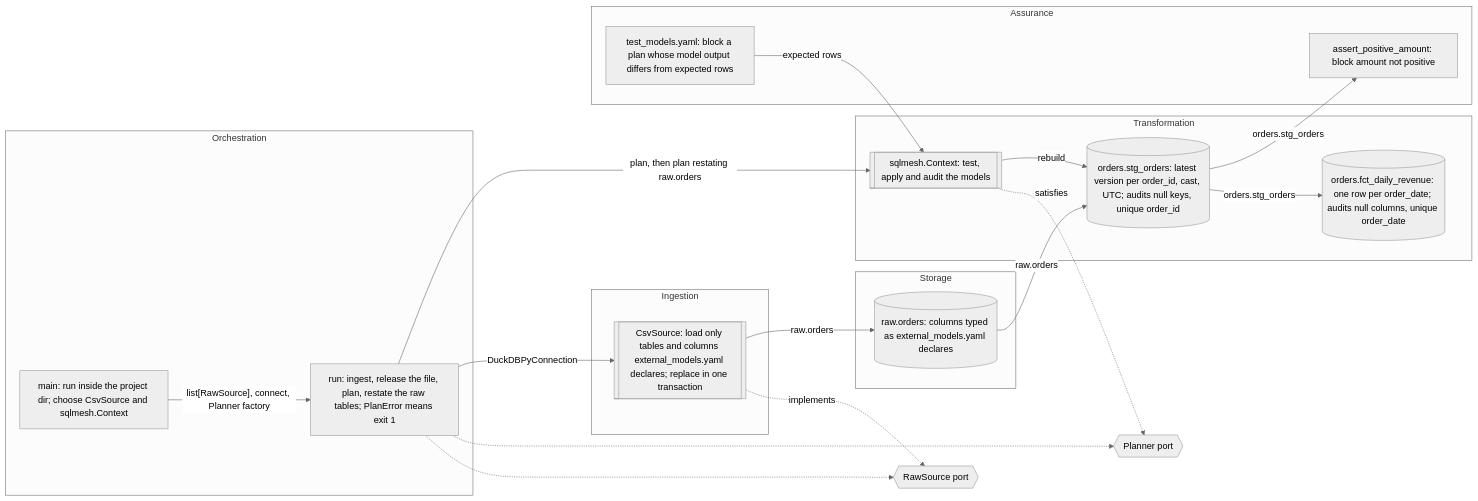
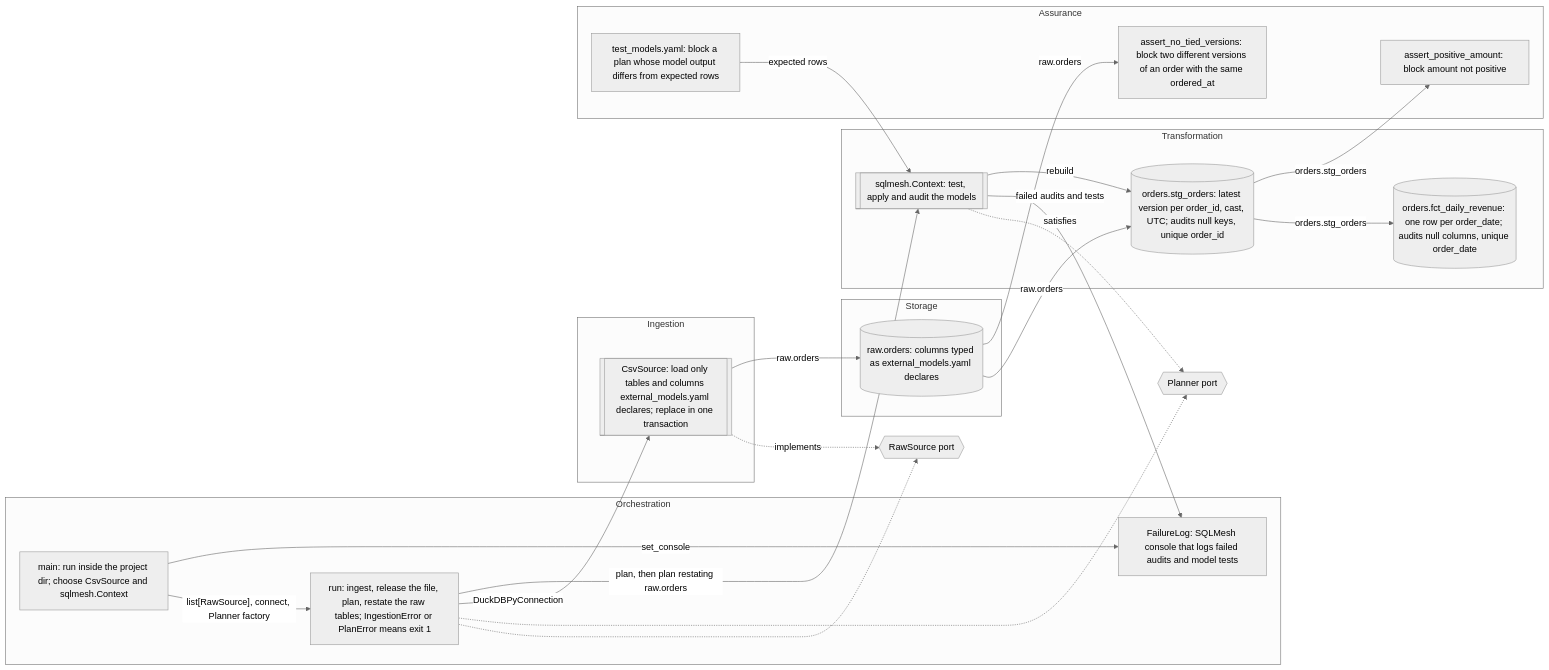
The third of 4 diagrams in docs/design.md (CarlosSolrac/template-sqlmesh-duckdb), drawn with Mermaid (neutral theme) before and after one commit. The commit also changed other lines of this file and 1 other file, not shown here.

````diff
--- a/docs/design.md
+++ b/docs/design.md
@@ -79,37 +82,42 @@
 ```mermaid
 flowchart LR
     subgraph Orchestration
         Main["main: run inside the project dir; choose CsvSource and sqlmesh.Context"]
-        Run["run: ingest, release the file, plan, restate the raw tables; PlanError means exit 1"]
+        Run["run: ingest, release the file, plan, restate the raw tables; IngestionError or PlanError means exit 1"]
+        Log["FailureLog: SQLMesh console that logs failed audits and model tests"]
     end
     subgraph Ingestion
         Csv[["CsvSource: load only tables and columns external_models.yaml declares; replace in one transaction"]]
     end
     subgraph Transformation
         Context[["sqlmesh.Context: test, apply and audit the models"]]
         Stg[("orders.stg_orders: latest version per order_id, cast, UTC; audits null keys, unique order_id")]
         Fct[("orders.fct_daily_revenue: one row per order_date; audits null columns, unique order_date")]
     end
     subgraph Assurance
         PositiveAudit["assert_positive_amount: block amount not positive"]
+        TiedAudit["assert_no_tied_versions: block two different versions of an order with the same ordered_at"]
         ModelTests["test_models.yaml: block a plan whose model output differs from expected rows"]
     end
     subgraph Storage
         Raw[("raw.orders: columns typed as external_models.yaml declares")]
     end
     RawSource{{"RawSource port"}}
     Planner{{"Planner port"}}
     Main -->|"list[RawSource], connect, Planner factory"| Run
+    Main -->|"set_console"| Log
     Run -.-> RawSource
     Csv -.->|implements| RawSource
     Run -.-> Planner
     Context -.->|satisfies| Planner
     Run -->|"DuckDBPyConnection"| Csv
     Csv -->|"raw.orders"| Raw
     Run -->|"plan, then plan restating raw.orders"| Context
+    Context -->|"failed audits and tests"| Log
     ModelTests -->|"expected rows"| Context
     Context -->|"rebuild"| Stg
     Raw -->|"raw.orders"| Stg
     Stg -->|"orders.stg_orders"| Fct
     Stg -->|"orders.stg_orders"| PositiveAudit
+    Raw -->|"raw.orders"| TiedAudit
 ```
````
